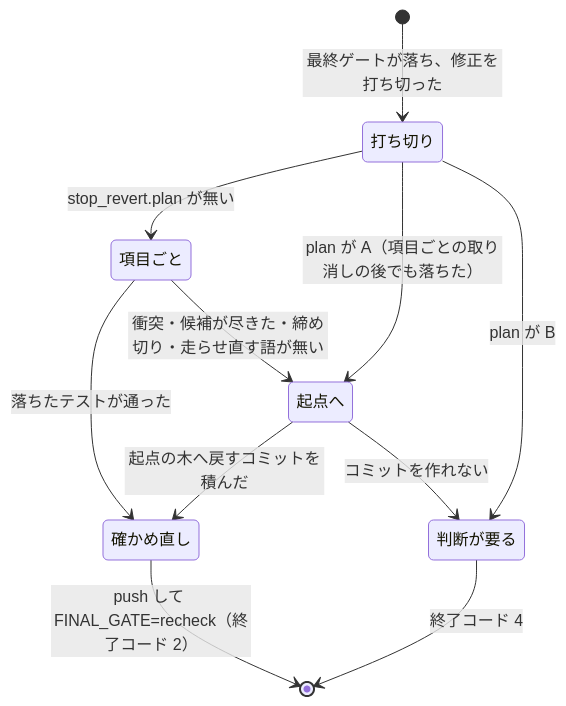
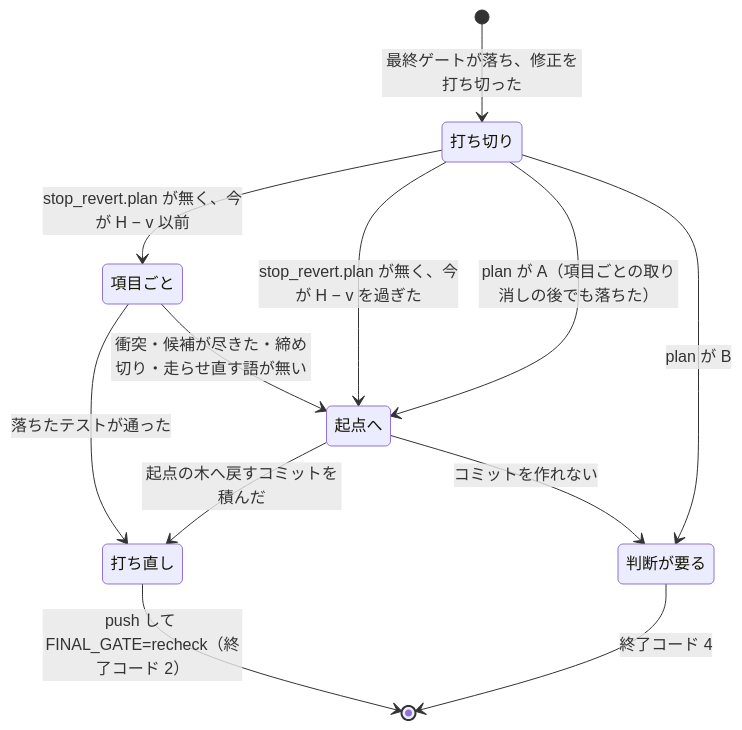
One commit to devbasex/ai-plugins changed the diagram in docs/specifications/cross-refactoring-culprit-and-stop-revert.md. Above: the diagram before and after it, drawn with Mermaid. The commit also changed other lines of this file and 5 other files, not shown here.

````diff
--- a/docs/specifications/cross-refactoring-culprit-and-stop-revert.md
+++ b/docs/specifications/cross-refactoring-culprit-and-stop-revert.md
@@ -81,13 +84,14 @@
 ```mermaid
 stateDiagram-v2
     [*] --> 打ち切り: 最終ゲートが落ち、修正を打ち切った
-    打ち切り --> 項目ごと: stop_revert.plan が無い
+    打ち切り --> 項目ごと: stop_revert.plan が無く、今が H − v 以前
+    打ち切り --> 起点へ: stop_revert.plan が無く、今が H − v を過ぎた
     打ち切り --> 起点へ: plan が A（項目ごとの取り消しの後でも落ちた）
     打ち切り --> 判断が要る: plan が B
-    項目ごと --> 確かめ直し: 落ちたテストが通った
+    項目ごと --> 打ち直し: 落ちたテストが通った
     項目ごと --> 起点へ: 衝突・候補が尽きた・締め切り・走らせ直す語が無い
-    起点へ --> 確かめ直し: 起点の木へ戻すコミットを積んだ
+    起点へ --> 打ち直し: 起点の木へ戻すコミットを積んだ
     起点へ --> 判断が要る: コミットを作れない
-    確かめ直し --> [*]: push して FINAL_GATE=recheck（終了コード 2）
+    打ち直し --> [*]: push して FINAL_GATE=recheck（終了コード 2）
     判断が要る --> [*]: 終了コード 4
 ```
````
